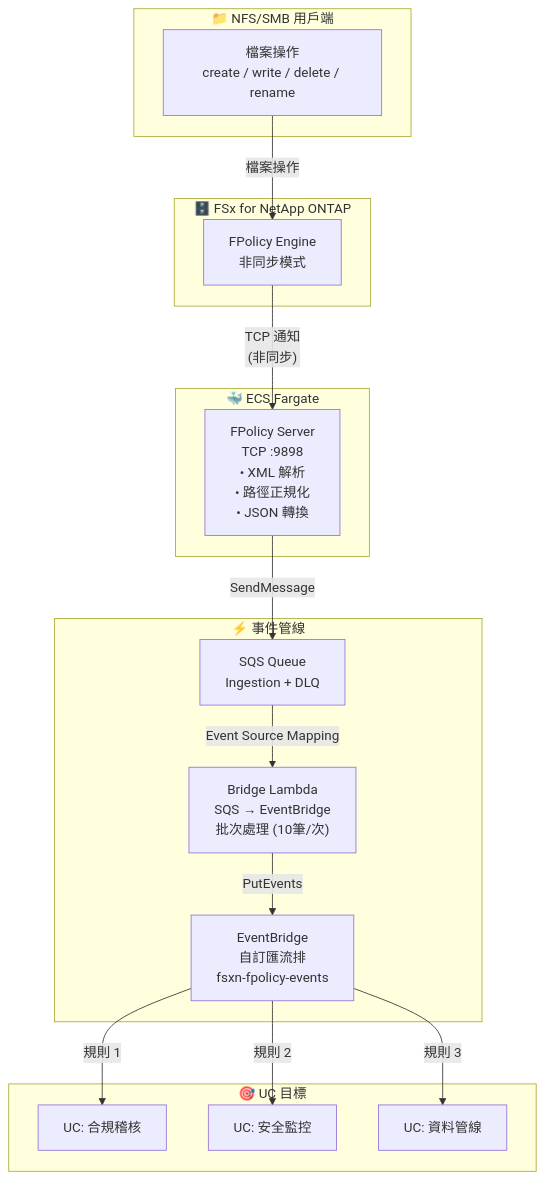
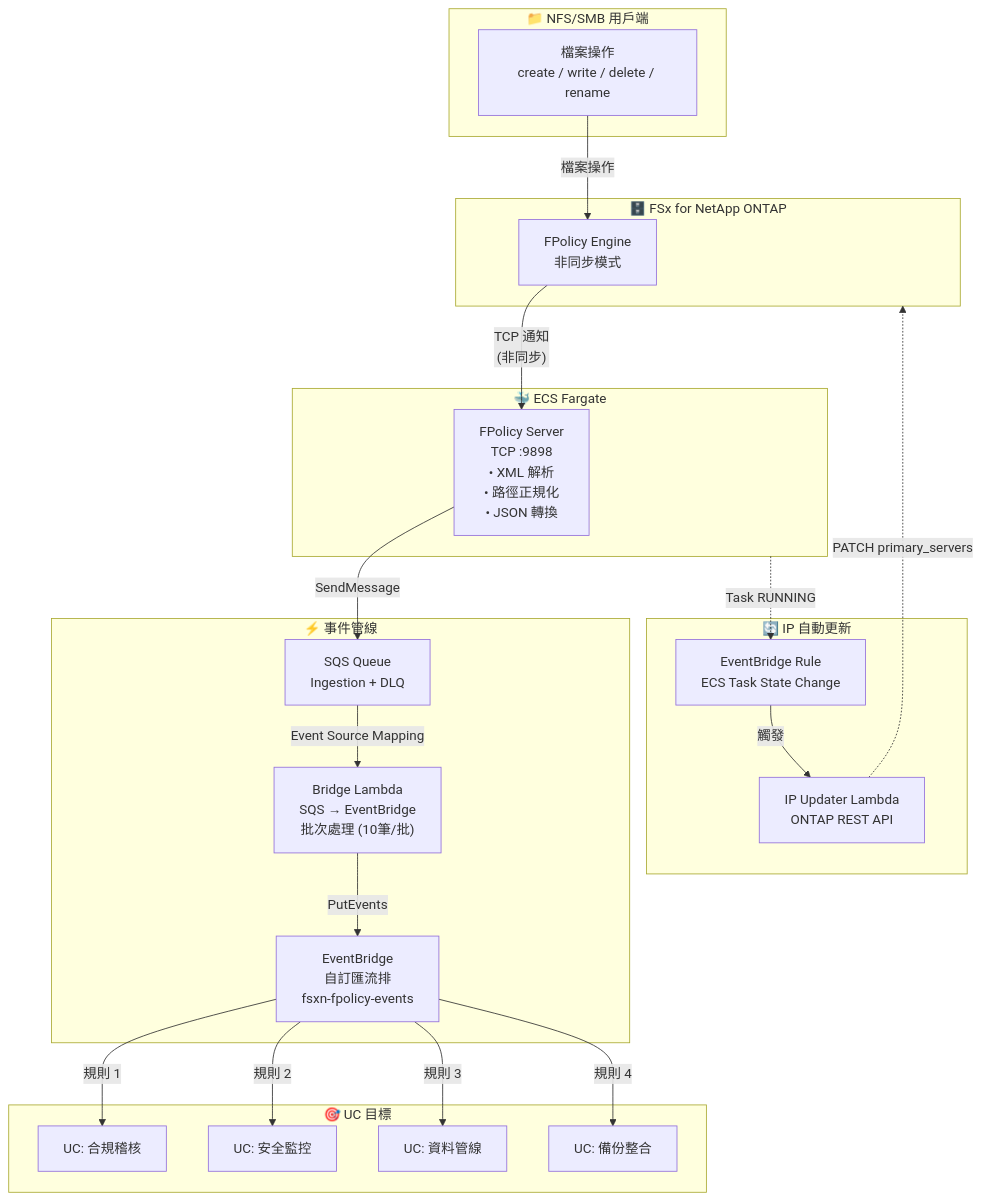
One commit to Yoshiki0705/FSx-for-ONTAP-S3AccessPoints-Serverless-Patterns changed the diagram in event-driven-fpolicy/docs/architecture.zh-TW.md. Above: the diagram before and after it, drawn with Mermaid. The commit also changed other lines of this file and 13 other files, not shown here.

First line of the commit message:
fix: docs/architecture + demo-guide 全8言語を同一内容に統一

````diff
--- a/event-driven-fpolicy/docs/architecture.zh-TW.md
+++ b/event-driven-fpolicy/docs/architecture.zh-TW.md
@@ -7,35 +7,46 @@
 ```mermaid
 flowchart TB
     subgraph CLIENT["📁 NFS/SMB 用戶端"]
         NFS["檔案操作<br/>create / write / delete / rename"]
     end
 
     subgraph ONTAP["🗄️ FSx for NetApp ONTAP"]
         FPOLICY["FPolicy Engine<br/>非同步模式"]
     end
 
     subgraph FARGATE["🐳 ECS Fargate"]
         SERVER["FPolicy Server<br/>TCP :9898<br/>• XML 解析<br/>• 路徑正規化<br/>• JSON 轉換"]
     end
 
     subgraph PIPELINE["⚡ 事件管線"]
         SQS["SQS Queue<br/>Ingestion + DLQ"]
-        BRIDGE["Bridge Lambda<br/>SQS → EventBridge<br/>批次處理 (10筆/次)"]
+        BRIDGE["Bridge Lambda<br/>SQS → EventBridge<br/>批次處理 (10筆/批)"]
         EB["EventBridge<br/>自訂匯流排<br/>fsxn-fpolicy-events"]
     end
 
     subgraph TARGETS["🎯 UC 目標"]
         UC1["UC: 合規稽核"]
         UC2["UC: 安全監控"]
         UC3["UC: 資料管線"]
+        UC4["UC: 備份整合"]
+    end
+
+    subgraph UPDATER["🔄 IP 自動更新"]
+        RULE["EventBridge Rule<br/>ECS Task State Change"]
+        LAMBDA["IP Updater Lambda<br/>ONTAP REST API"]
     end
 
     NFS -->|"檔案操作"| FPOLICY
     FPOLICY -->|"TCP 通知<br/>(非同步)"| SERVER
     SERVER -->|"SendMessage"| SQS
     SQS -->|"Event Source Mapping"| BRIDGE
     BRIDGE -->|"PutEvents"| EB
     EB -->|"規則 1"| UC1
     EB -->|"規則 2"| UC2
     EB -->|"規則 3"| UC3
+    EB -->|"規則 4"| UC4
+
+    FARGATE -.->|"Task RUNNING"| RULE
+    RULE -->|"觸發"| LAMBDA
+    LAMBDA -.->|"PATCH primary_servers"| ONTAP
 ```
````
